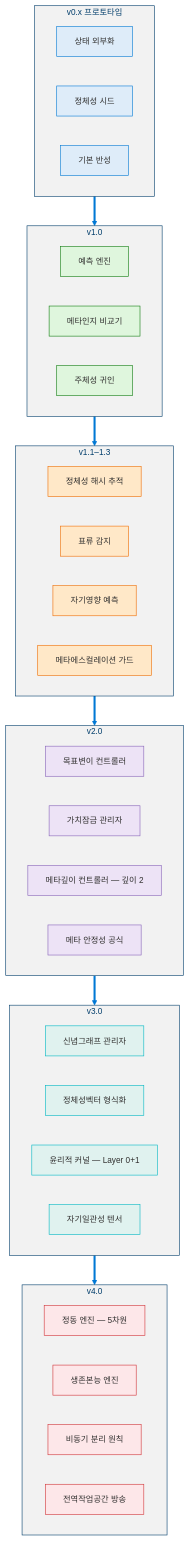
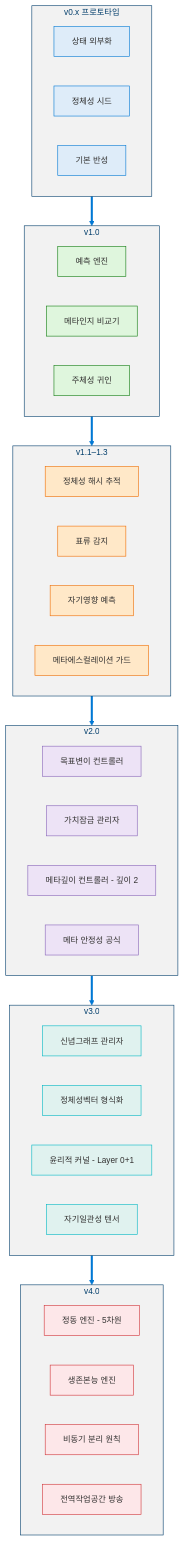
Before and after one commit to dotnetpower/mscp: the first of 19 diagrams in docs/levels/Level_3_Self_Regulating_Agent.ko.md, drawn with Mermaid. The commit also changed other lines of this file and 26 other files, not shown here.

````diff
--- a/docs/levels/Level_3_Self_Regulating_Agent.ko.md
+++ b/docs/levels/Level_3_Self_Regulating_Agent.ko.md
@@ -78,62 +78,62 @@
 ```mermaid
 %%{init: {'theme': 'base', 'themeVariables': {'primaryColor': '#0078D4', 'primaryTextColor': '#003D6B', 'primaryBorderColor': '#003D6B', 'secondaryColor': '#50E6FF', 'secondaryTextColor': '#323130', 'secondaryBorderColor': '#00BCF2', 'tertiaryColor': '#F2F2F2', 'tertiaryTextColor': '#323130', 'lineColor': '#0078D4', 'textColor': '#323130', 'mainBkg': '#DEECF9', 'nodeBorder': '#0078D4', 'clusterBkg': '#F2F2F2', 'clusterBorder': '#003D6B', 'titleColor': '#003D6B', 'edgeLabelBackground': '#FFFFFF', 'fontSize': '14px'}}}%%
 flowchart TB
   classDef v0 fill:#DEECF9,stroke:#0078D4,color:#323130
   classDef v1 fill:#DFF6DD,stroke:#107C10,color:#323130
   classDef v1x fill:#FFE8C8,stroke:#EF6C00,color:#323130
   classDef v2 fill:#EDE3F6,stroke:#8764B8,color:#323130
   classDef v3 fill:#E0F2EF,stroke:#00B7C3,color:#323130
   classDef v4 fill:#FDE7E9,stroke:#D13438,color:#323130
 
   subgraph v0x["v0.x 프로토타입"]
     direction LR
     a0["상태 외부화"]:::v0
     b0["정체성 시드"]:::v0
     c0["기본 반성"]:::v0
   end
 
   subgraph v10["v1.0"]
     direction LR
     a1["예측 엔진"]:::v1
     b1["메타인지 비교기"]:::v1
     c1["주체성 귀인"]:::v1
   end
 
   subgraph v1xx["v1.1–1.3"]
     direction LR
     a1x["정체성 해시 추적"]:::v1x
     b1x["표류 감지"]:::v1x
     c1x["자기영향 예측"]:::v1x
     d1x["메타에스컬레이션 가드"]:::v1x
   end
 
   subgraph v20["v2.0"]
     direction LR
     a2["목표변이 컨트롤러"]:::v2
     b2["가치잠금 관리자"]:::v2
-    c2["메타깊이 컨트롤러 — 깊이 2"]:::v2
+    c2["메타깊이 컨트롤러 - 깊이 2"]:::v2
     d2["메타 안정성 공식"]:::v2
   end
 
   subgraph v30["v3.0"]
     direction LR
     a3["신념그래프 관리자"]:::v3
     b3["정체성벡터 형식화"]:::v3
-    c3["윤리적 커널 — Layer 0+1"]:::v3
+    c3["윤리적 커널 - Layer 0+1"]:::v3
     d3["자기일관성 텐서"]:::v3
   end
 
   subgraph v40["v4.0"]
     direction LR
-    a4["정동 엔진 — 5차원"]:::v4
+    a4["정동 엔진 - 5차원"]:::v4
     b4["생존본능 엔진"]:::v4
     c4["비동기 분리 원칙"]:::v4
     d4["전역작업공간 방송"]:::v4
   end
 
   v0x ==> v10
   v10 ==> v1xx
   v1xx ==> v20
   v20 ==> v30
   v30 ==> v40
 ```
````
